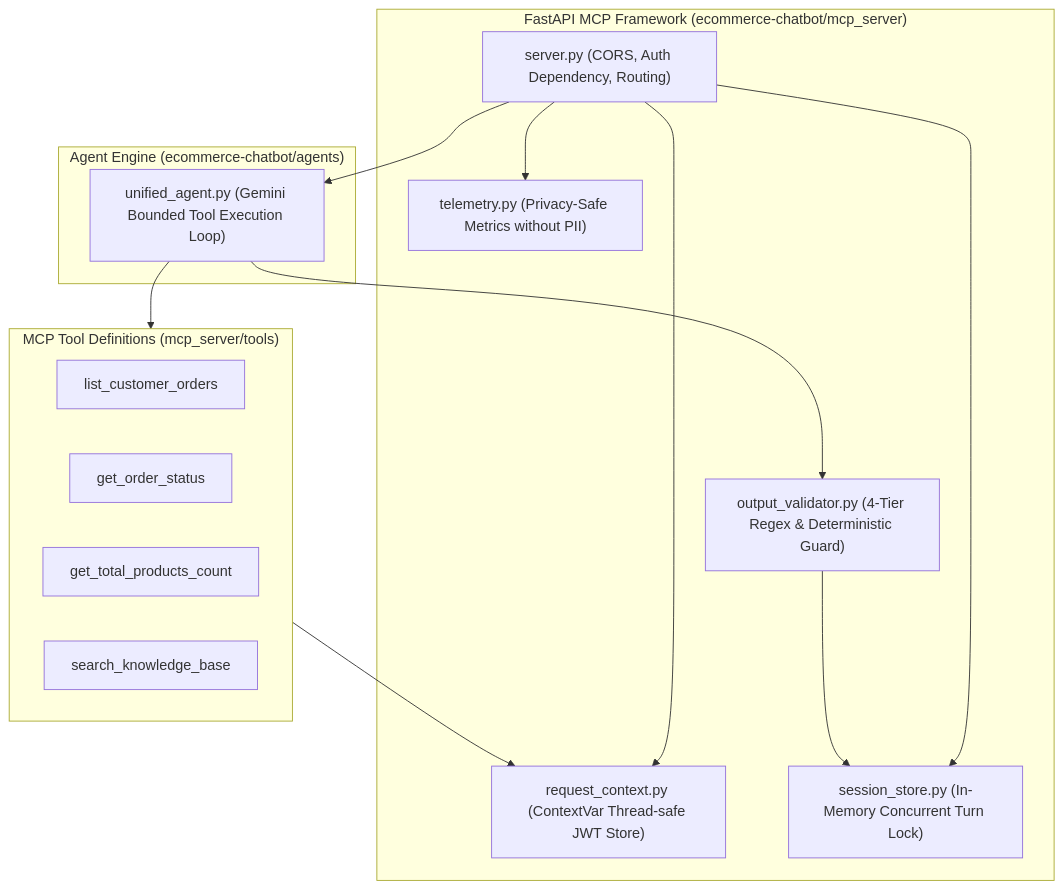
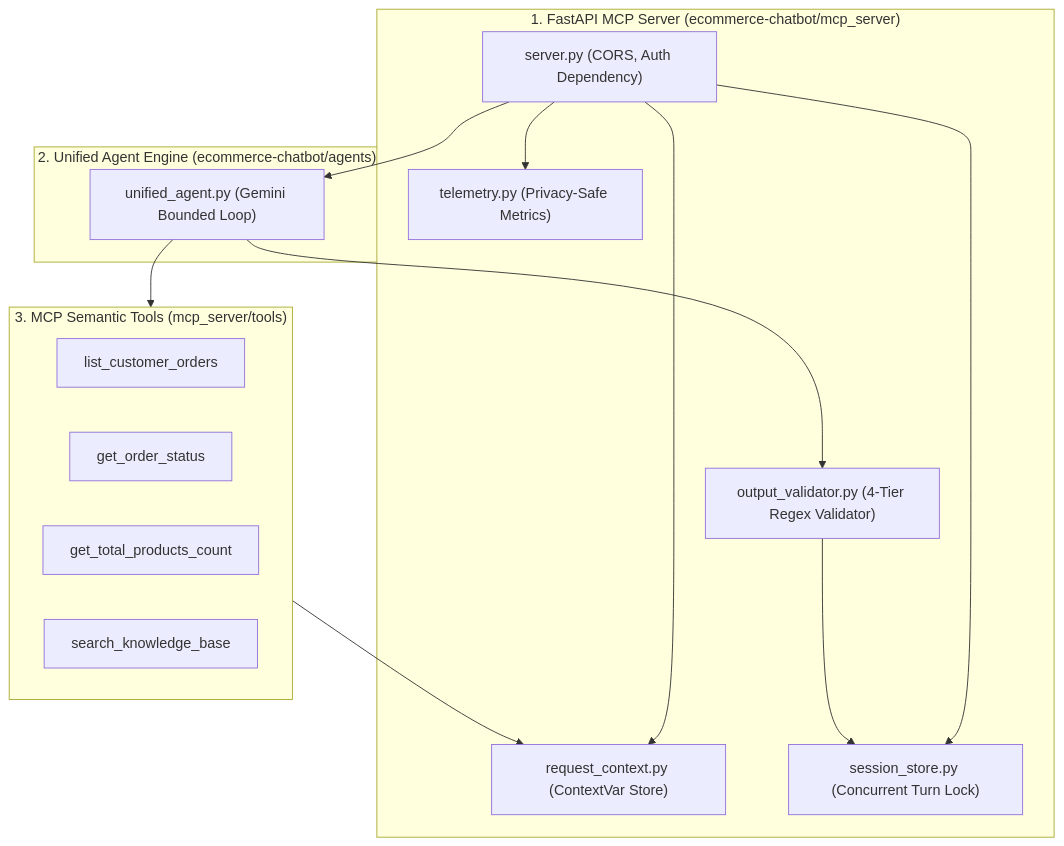
Before and after one commit to nhimtjofc/v-erp-lite: the seventh of 14 diagrams in docs/ARCHITECTURE_ARC42.md, drawn with Mermaid. The commit also changed other lines of this file, not shown here.

````diff
--- a/docs/ARCHITECTURE_ARC42.md
+++ b/docs/ARCHITECTURE_ARC42.md
@@ -318,30 +339,30 @@
 ```mermaid
-graph TD
-    subgraph MCP_Server ["FastAPI MCP Framework (ecommerce-chatbot/mcp_server)"]
-        ServerCore["server.py (CORS, Auth Dependency, Routing)"]
-        ReqContext["request_context.py (ContextVar Thread-safe JWT Store)"]
-        SessStore["session_store.py (In-Memory Concurrent Turn Lock)"]
-        OutVal["output_validator.py (4-Tier Regex & Deterministic Guard)"]
-        Telemetry["telemetry.py (Privacy-Safe Metrics without PII)"]
+flowchart TB
+    subgraph ServerFramework ["1. FastAPI MCP Server (ecommerce-chatbot/mcp_server)"]
+        ServerCore["server.py (CORS, Auth Dependency)"]
+        ReqContext["request_context.py (ContextVar Store)"]
+        SessStore["session_store.py (Concurrent Turn Lock)"]
+        OutVal["output_validator.py (4-Tier Regex Validator)"]
+        Telemetry["telemetry.py (Privacy-Safe Metrics)"]
     end
 
-    subgraph Agent_Core ["Agent Engine (ecommerce-chatbot/agents)"]
-        UniAgent["unified_agent.py (Gemini Bounded Tool Execution Loop)"]
+    subgraph AgentFramework ["2. Unified Agent Engine (ecommerce-chatbot/agents)"]
+        UniAgent["unified_agent.py (Gemini Bounded Loop)"]
     end
 
-    subgraph Tools_Directory ["MCP Tool Definitions (mcp_server/tools)"]
+    subgraph ToolsDirectory ["3. MCP Semantic Tools (mcp_server/tools)"]
         T1["list_customer_orders"]
         T2["get_order_status"]
         T3["get_total_products_count"]
         T4["search_knowledge_base"]
     end
 
     ServerCore --> ReqContext
     ServerCore --> SessStore
     ServerCore --> UniAgent
-    UniAgent --> Tools_Directory
-    Tools_Directory --> ReqContext
+    UniAgent --> ToolsDirectory
+    ToolsDirectory --> ReqContext
     UniAgent --> OutVal
     OutVal --> SessStore
     ServerCore --> Telemetry
 ```
````
